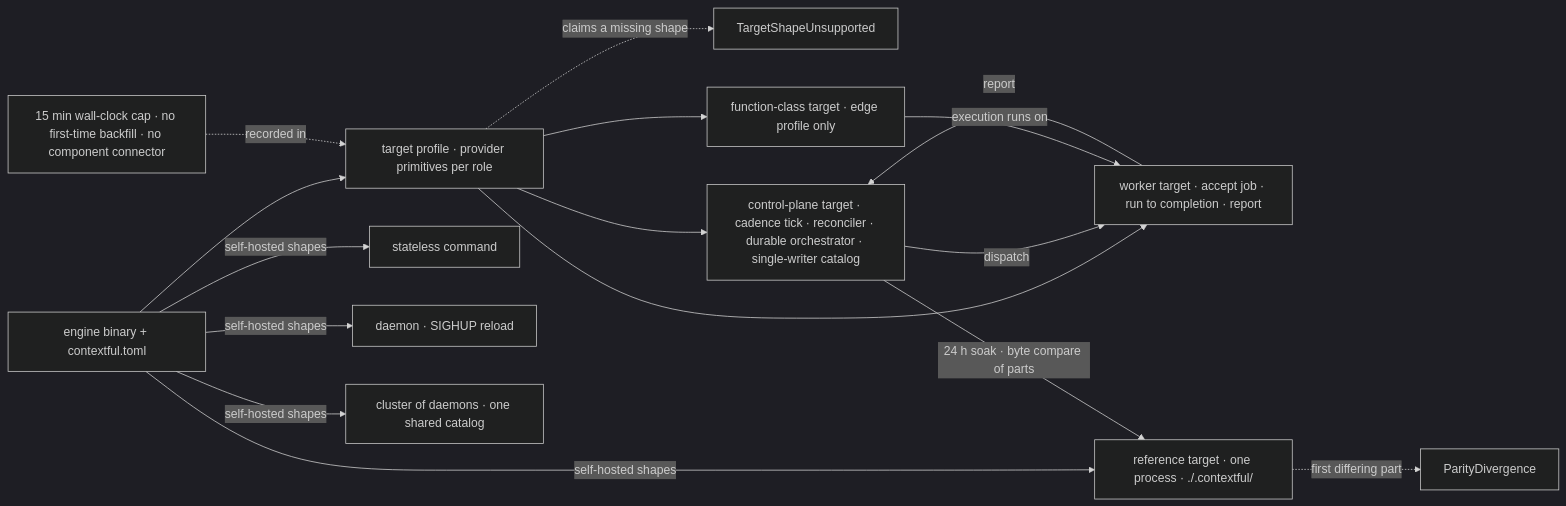
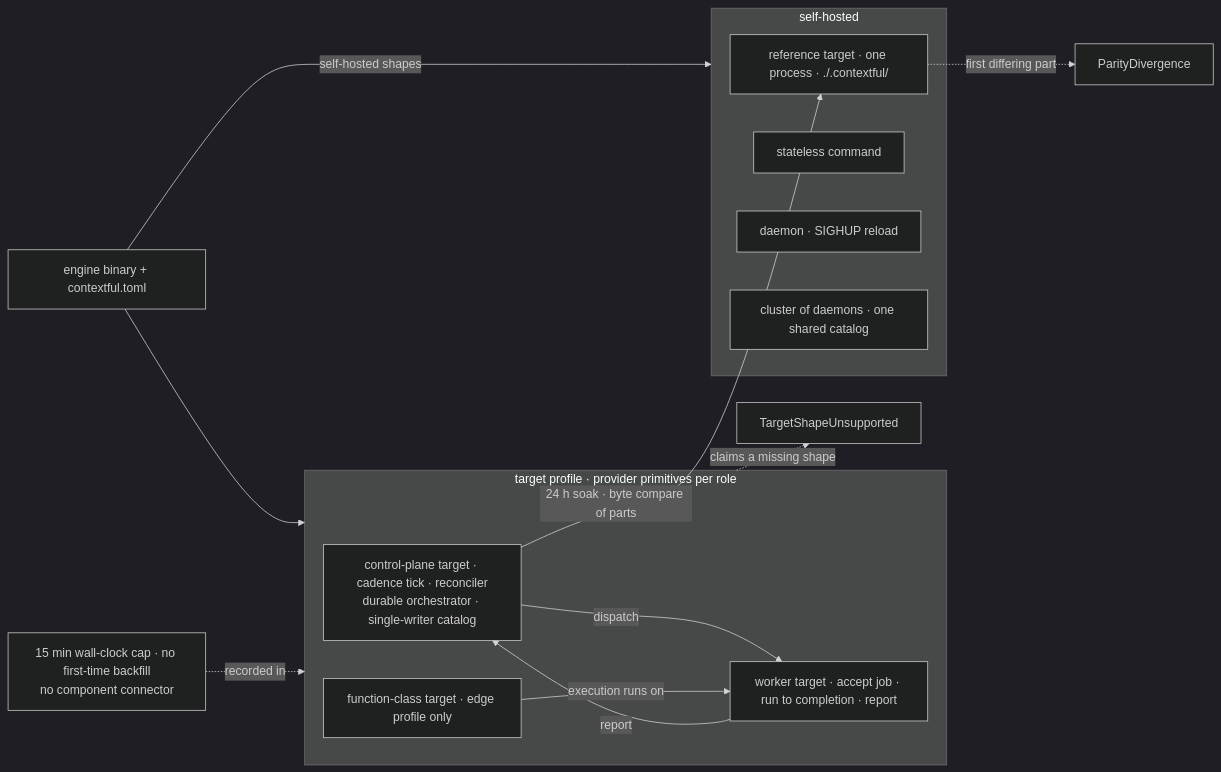
One commit to fractalboxdev/contextful changed the third of 5 diagrams in spec/01-topology.md. Above: the diagram before and after it, drawn with Mermaid (dark theme). The commit also changed other lines of this file and 33 other files, not shown here.

Commit message:
spec: diagrams draw contracts, parties and trust zones as containers; a node standing for one is refused

````diff
--- a/spec/01-topology.md
+++ b/spec/01-topology.md
@@ -180,28 +201,30 @@
 ```mermaid
 flowchart LR
   DECL["engine binary + contextful.toml"]
-  TP["target profile · provider primitives per role"]
   UNSUP["TargetShapeUnsupported"]
-  CP["control-plane target · cadence tick · reconciler · durable orchestrator · single-writer catalog"]
-  WK["worker target · accept job · run to completion · report"]
-  FN["function-class target · edge profile only"]
-  CAP["15 min wall-clock cap · no first-time backfill · no component connector"]
-  REF["reference target · one process · ./.contextful/"]
-  CMD["stateless command"]
-  DMN["daemon · SIGHUP reload"]
-  CLU["cluster of daemons · one shared catalog"]
+  CAP["15 min wall-clock cap · no first-time backfill<br/>no component connector"]
   PAR["ParityDivergence"]
+
+  subgraph TP["target profile · provider primitives per role"]
+    CP["control-plane target · cadence tick · reconciler<br/>durable orchestrator · single-writer catalog"]
+    WK["worker target · accept job · run to completion · report"]
+    FN["function-class target · edge profile only"]
+  end
+
+  subgraph SELF["self-hosted"]
+    REF["reference target · one process · ./.contextful/"]
+    CMD["stateless command"]
+    DMN["daemon · SIGHUP reload"]
+    CLU["cluster of daemons · one shared catalog"]
+  end
 
   DECL --> TP
   TP -. "claims a missing shape" .-> UNSUP
-  TP --> CP
-  TP --> WK
   CP -- "dispatch" --> WK
   WK -- "report" --> CP
-  TP --> FN
   FN -- "execution runs on" --> WK
   CAP -. "recorded in" .-> TP
-  DECL -- "self-hosted shapes" --> REF & CMD & DMN & CLU
+  DECL -- "self-hosted shapes" --> SELF
   CP -- "24 h soak · byte compare of parts" --> REF
   REF -. "first differing part" .-> PAR
 ```
````
